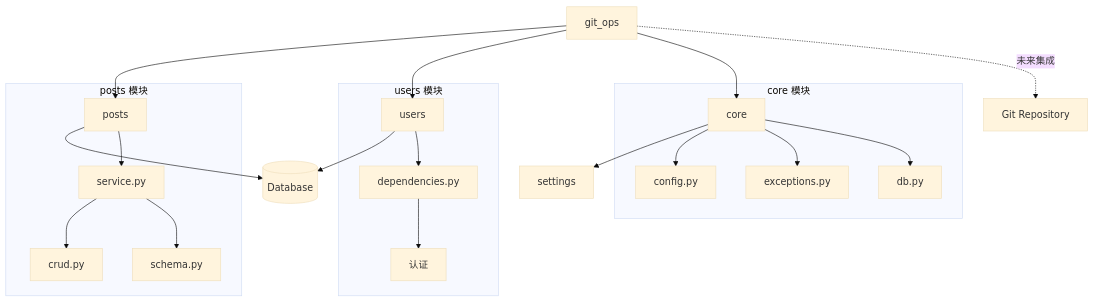
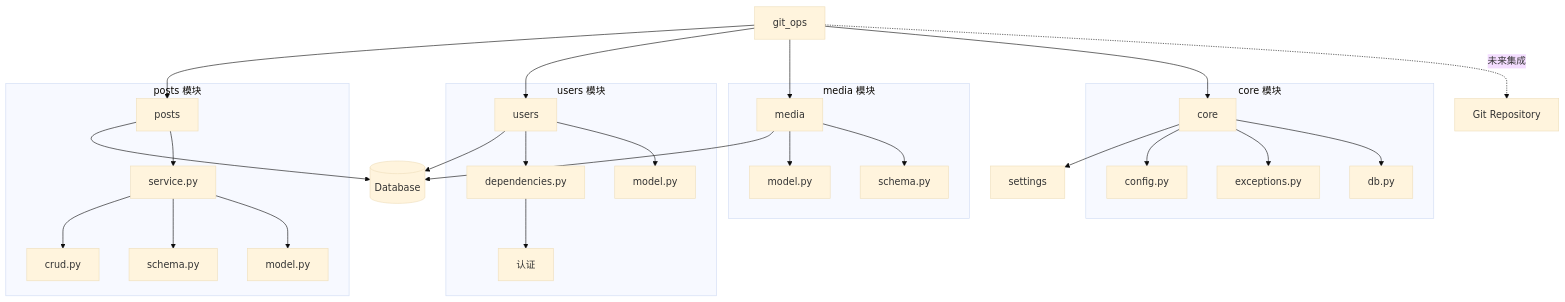
The sixth of 7 diagrams in backend/app/git_ops/ARCHITECTURE.md (sumanin5/blog_fr), drawn with Mermaid (base theme) before and after one commit. The commit also changed other lines of this file and 24 other files, not shown here.

First line of the commit message:
refactor(git_ops): 完善 GitOps 同步模块设计与实现细节

````diff
--- a/backend/app/git_ops/ARCHITECTURE.md
+++ b/backend/app/git_ops/ARCHITECTURE.md
@@ -362,29 +551,38 @@
 ```mermaid
 graph TD
     GitOps[git_ops] --> Posts[posts]
     GitOps --> Users[users]
+    GitOps --> Media[media]
     GitOps --> Core[core]
 
     Posts --> DB[(Database)]
     Users --> DB
+    Media --> DB
     Core --> Settings[settings]
 
     GitOps -.->|未来集成| Git[Git Repository]
 
     subgraph "posts 模块"
         Posts --> PostService[service.py]
         PostService --> PostCRUD[crud.py]
         PostService --> PostSchema[schema.py]
+        PostService --> PostModel[model.py]
     end
 
     subgraph "users 模块"
         Users --> UserDeps[dependencies.py]
         UserDeps --> Auth[认证]
+        Users --> UserModel[model.py]
+    end
+
+    subgraph "media 模块"
+        Media --> MediaModel[model.py]
+        Media --> MediaSchema[schema.py]
     end
 
     subgraph "core 模块"
         Core --> Config[config.py]
         Core --> Exceptions[exceptions.py]
         Core --> DBSession[db.py]
     end
 ```
````
